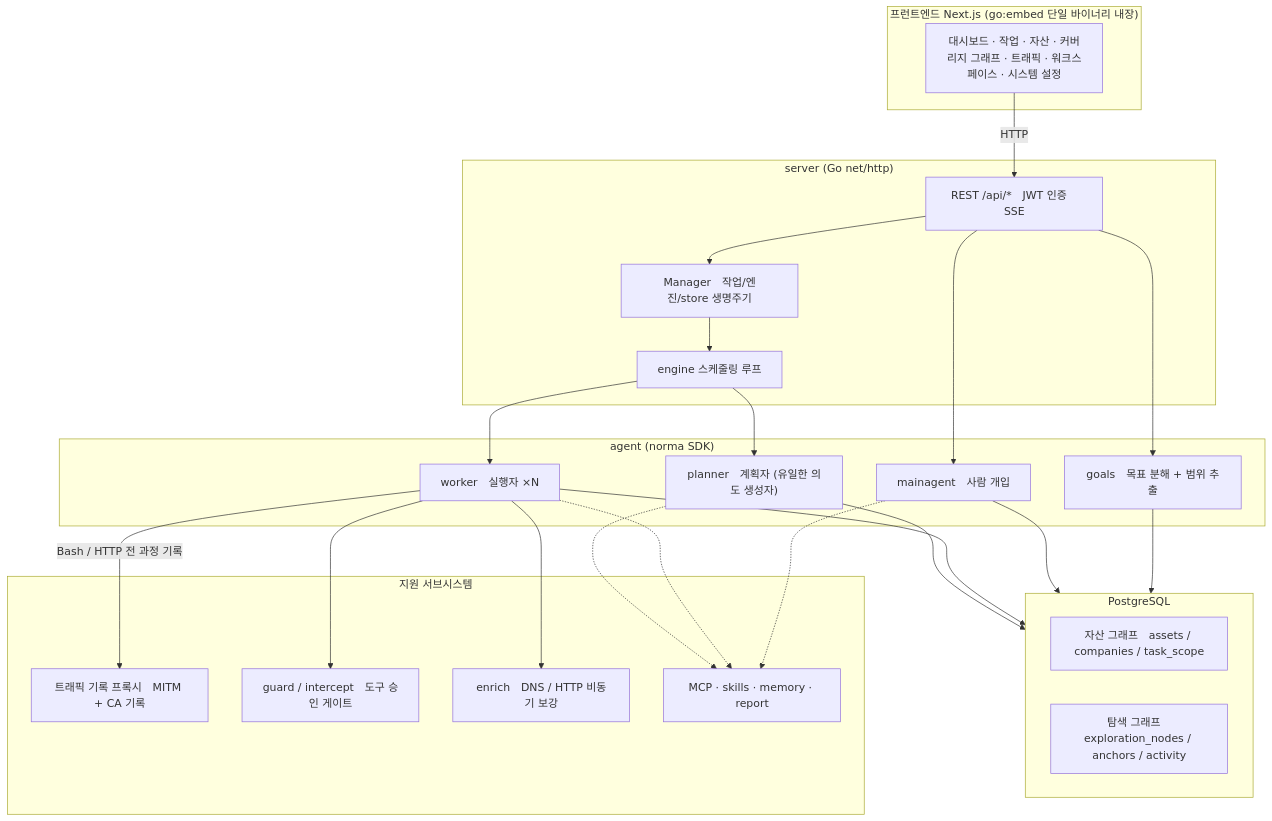
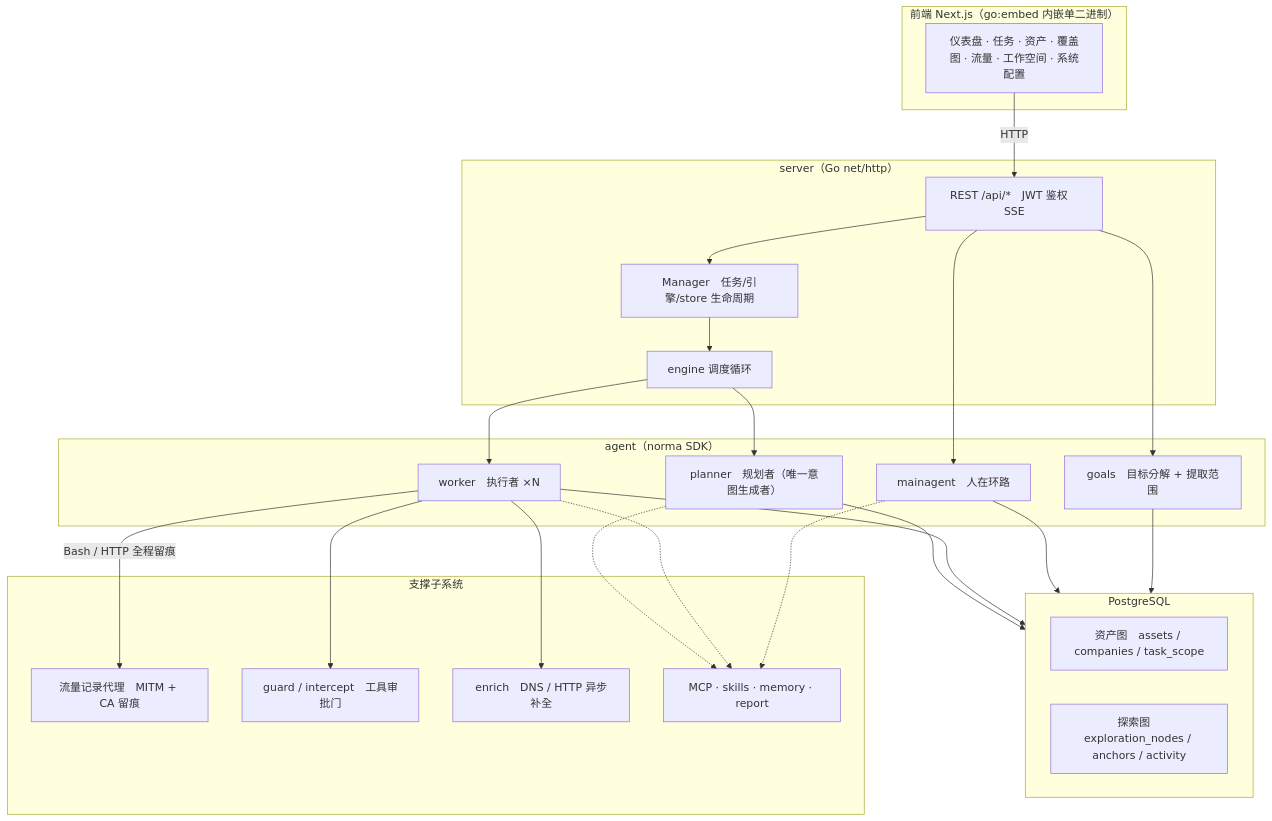
One commit to dami9527/artex-cn changed the first of 5 diagrams in README.md. Above: the diagram before and after it, drawn with Mermaid. The commit also changed other lines of this file and 297 other files, not shown here.

````diff
--- a/README.md
+++ b/README.md
@@ -263,44 +278,44 @@
 ```mermaid
 flowchart TB
-  subgraph FE["프런트엔드 Next.js (go:embed 단일 바이너리 내장)"]
-    UI["대시보드 · 작업 · 자산 · 커버리지 그래프 · 트래픽 · 워크스페이스 · 시스템 설정"]
+  subgraph FE["前端 Next.js（go:embed 内嵌单二进制）"]
+    UI["仪表盘 · 任务 · 资产 · 覆盖图 · 流量 · 工作空间 · 系统配置"]
   end
-  subgraph SRV["server (Go net/http)"]
-    API["REST /api/*　JWT 인증　SSE"]
-    ENG["engine 스케줄링 루프"]
-    MGR["Manager　작업/엔진/store 생명주기"]
+  subgraph SRV["server（Go net/http）"]
+    API["REST /api/*　JWT 鉴权　SSE"]
+    ENG["engine 调度循环"]
+    MGR["Manager　任务/引擎/store 生命周期"]
   end
-  subgraph AG["agent (norma SDK)"]
-    GO["goals　목표 분해 + 범위 추출"]
-    PL["planner　계획자 (유일한 의도 생성자)"]
-    WK["worker　실행자 ×N"]
-    MA["mainagent　사람 개입"]
+  subgraph AG["agent（norma SDK）"]
+    GO["goals　目标分解 + 提取范围"]
+    PL["planner　规划者（唯一意图生成者）"]
+    WK["worker　执行者 ×N"]
+    MA["mainagent　人在环路"]
   end
   subgraph DB["PostgreSQL"]
-    AGRAPH["자산 그래프　assets / companies / task_scope"]
-    EGRAPH["탐색 그래프　exploration_nodes / anchors / activity"]
+    AGRAPH["资产图　assets / companies / task_scope"]
+    EGRAPH["探索图　exploration_nodes / anchors / activity"]
   end
-  subgraph SUB["지원 서브시스템"]
-    PROXY["트래픽 기록 프록시　MITM + CA 기록"]
-    GUARD["guard / intercept　도구 승인 게이트"]
-    ENR["enrich　DNS / HTTP 비동기 보강"]
+  subgraph SUB["支撑子系统"]
+    PROXY["流量记录代理　MITM + CA 留痕"]
+    GUARD["guard / intercept　工具审批门"]
+    ENR["enrich　DNS / HTTP 异步补全"]
     EXT["MCP · skills · memory · report"]
   end
 
   UI -->|HTTP| API
   API --> MGR --> ENG
   ENG --> PL
   ENG --> WK
   API --> MA
   API --> GO
   PL --> DB
   WK --> DB
   MA --> DB
   GO --> DB
-  WK -->|"Bash / HTTP 전 과정 기록"| PROXY
+  WK -->|"Bash / HTTP 全程留痕"| PROXY
   WK --> GUARD
   WK --> ENR
   PL -.-> EXT
   WK -.-> EXT
   MA -.-> EXT
 ```
````
